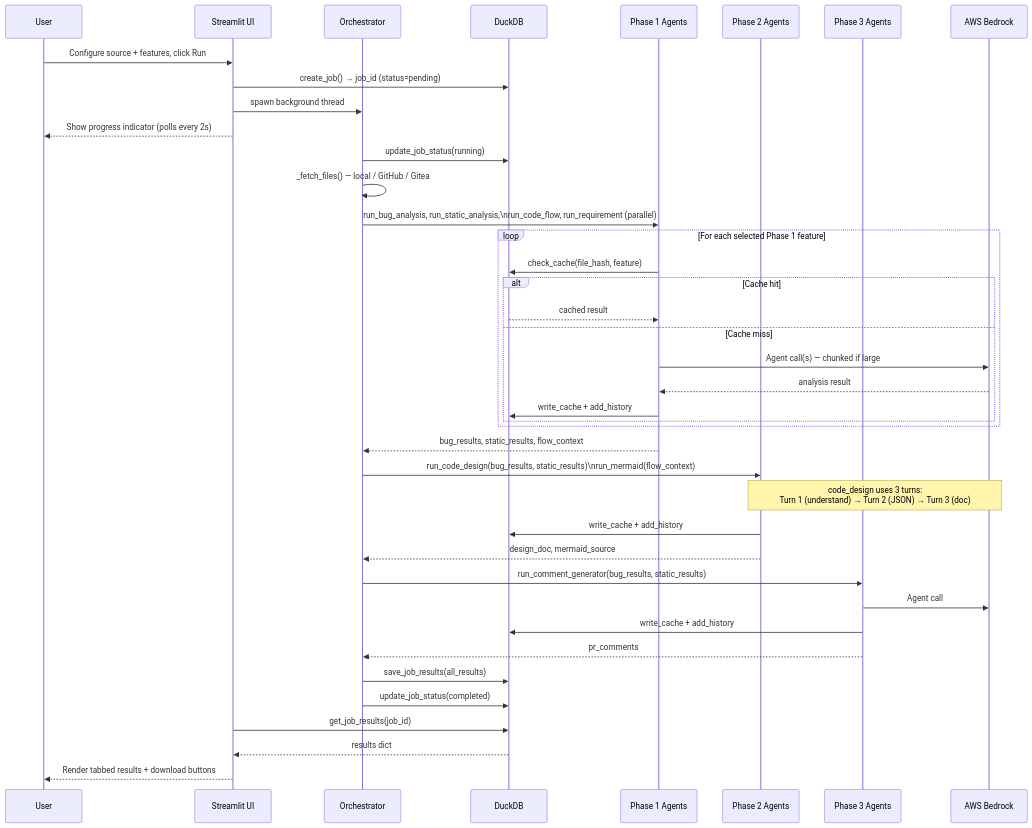
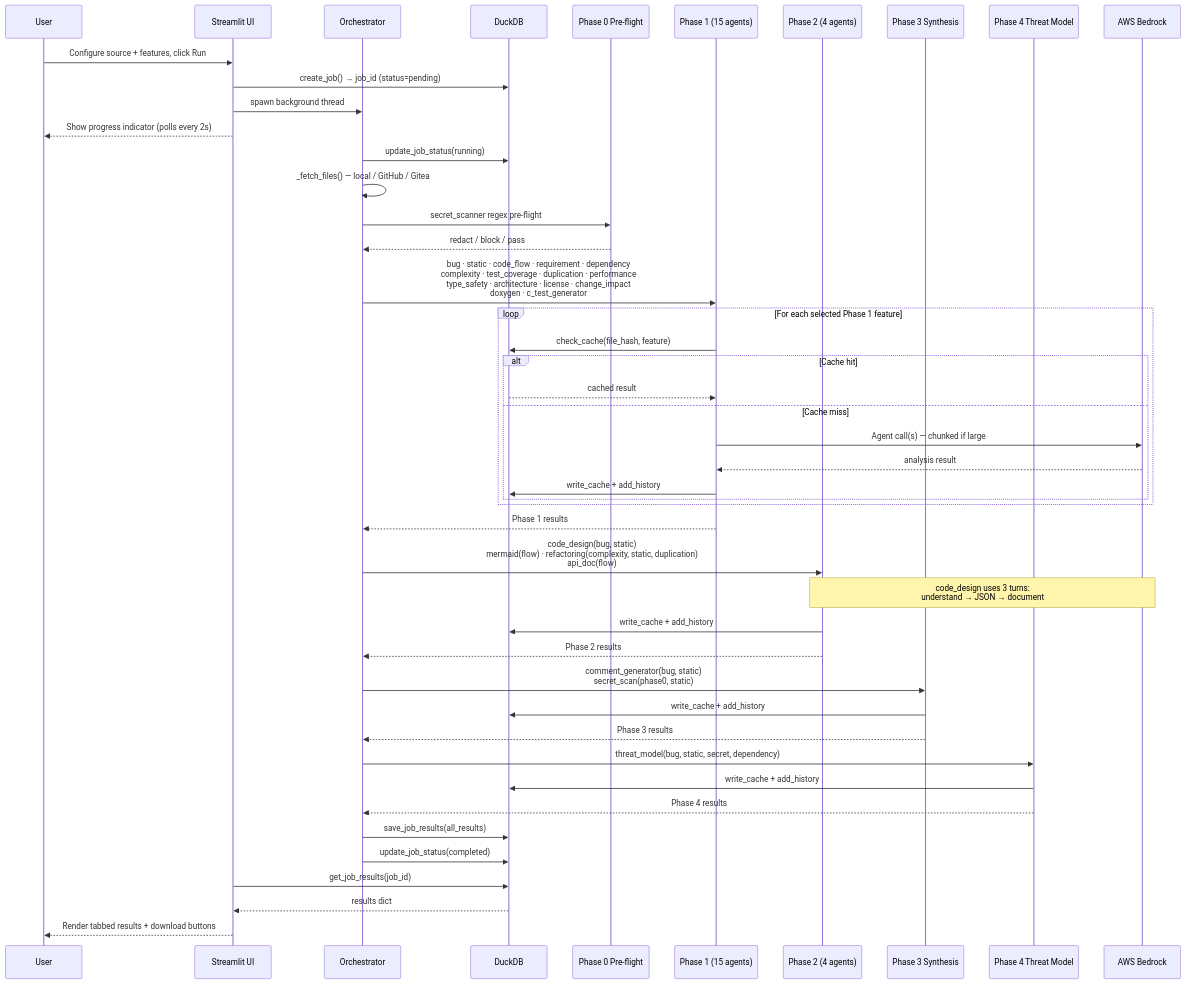
The second of 3 diagrams in README.md (bravetux/Code_AI_Maniac), drawn with Mermaid before and after one commit. The commit also changed other lines of this file and 30 other files, not shown here.

First line of the commit message:
feat: add 17 new agents, web scraper tool, Doxygen support, and comprehensive docs update

````diff
--- a/README.md
+++ b/README.md
@@ -87,52 +148,61 @@
 ```mermaid
 sequenceDiagram
     participant User
     participant UI as Streamlit UI
     participant ORC as Orchestrator
     participant DB as DuckDB
-    participant P1 as Phase 1 Agents
-    participant P2 as Phase 2 Agents
-    participant P3 as Phase 3 Agents
+    participant P0 as Phase 0 Pre-flight
+    participant P1 as Phase 1 (15 agents)
+    participant P2 as Phase 2 (4 agents)
+    participant P3 as Phase 3 Synthesis
+    participant P4 as Phase 4 Threat Model
     participant LLM as AWS Bedrock
 
     User->>UI: Configure source + features, click Run
     UI->>DB: create_job() → job_id (status=pending)
     UI->>ORC: spawn background thread
     UI-->>User: Show progress indicator (polls every 2s)
 
     ORC->>DB: update_job_status(running)
     ORC->>ORC: _fetch_files() — local / GitHub / Gitea
-    ORC->>P1: run_bug_analysis, run_static_analysis,\nrun_code_flow, run_requirement (parallel)
+
+    ORC->>P0: secret_scanner regex pre-flight
+    P0-->>ORC: redact / block / pass
+
+    ORC->>P1: bug · static · code_flow · requirement · dependency<br/>complexity · test_coverage · duplication · performance<br/>type_safety · architecture · license · change_impact<br/>doxygen · c_test_generator
 
     loop For each selected Phase 1 feature
         P1->>DB: check_cache(file_hash, feature)
         alt Cache hit
             DB-->>P1: cached result
         else Cache miss
             P1->>LLM: Agent call(s) — chunked if large
             LLM-->>P1: analysis result
             P1->>DB: write_cache + add_history
         end
     end
 
-    P1-->>ORC: bug_results, static_results, flow_context
+    P1-->>ORC: Phase 1 results
 
-    ORC->>P2: run_code_design(bug_results, static_results)\nrun_mermaid(flow_context)
+    ORC->>P2: code_design(bug, static)<br/>mermaid(flow) · refactoring(complexity, static, duplication)<br/>api_doc(flow)
 
-    Note over P2,LLM: code_design uses 3 turns:<br/>Turn 1 (understand) → Turn 2 (JSON) → Turn 3 (doc)
+    Note over P2,LLM: code_design uses 3 turns:<br/>understand → JSON → document
 
     P2->>DB: write_cache + add_history
-    P2-->>ORC: design_doc, mermaid_source
+    P2-->>ORC: Phase 2 results
 
-    ORC->>P3: run_comment_generator(bug_results, static_results)
-    P3->>LLM: Agent call
+    ORC->>P3: comment_generator(bug, static)<br/>secret_scan(phase0, static)
     P3->>DB: write_cache + add_history
-    P3-->>ORC: pr_comments
+    P3-->>ORC: Phase 3 results
+
+    ORC->>P4: threat_model(bug, static, secret, dependency)
+    P4->>DB: write_cache + add_history
+    P4-->>ORC: Phase 4 results
 
     ORC->>DB: save_job_results(all_results)
     ORC->>DB: update_job_status(completed)
 
     UI->>DB: get_job_results(job_id)
     DB-->>UI: results dict
     UI-->>User: Render tabbed results + download buttons
 ```
````
